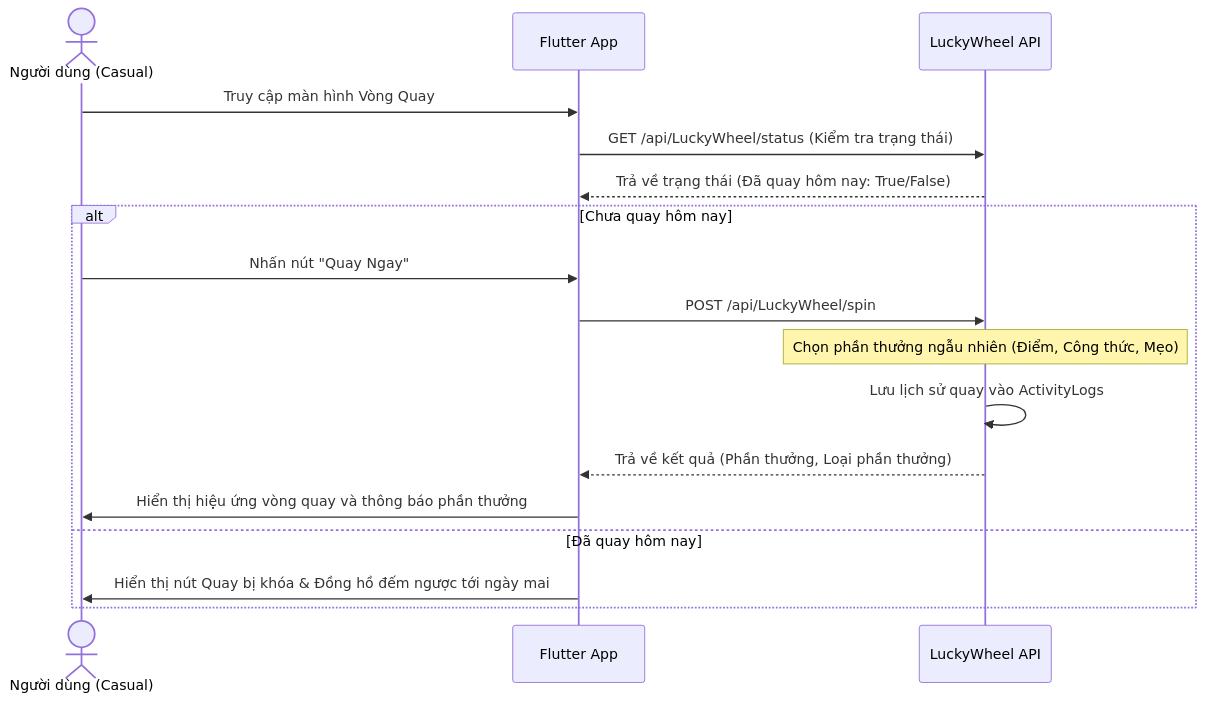
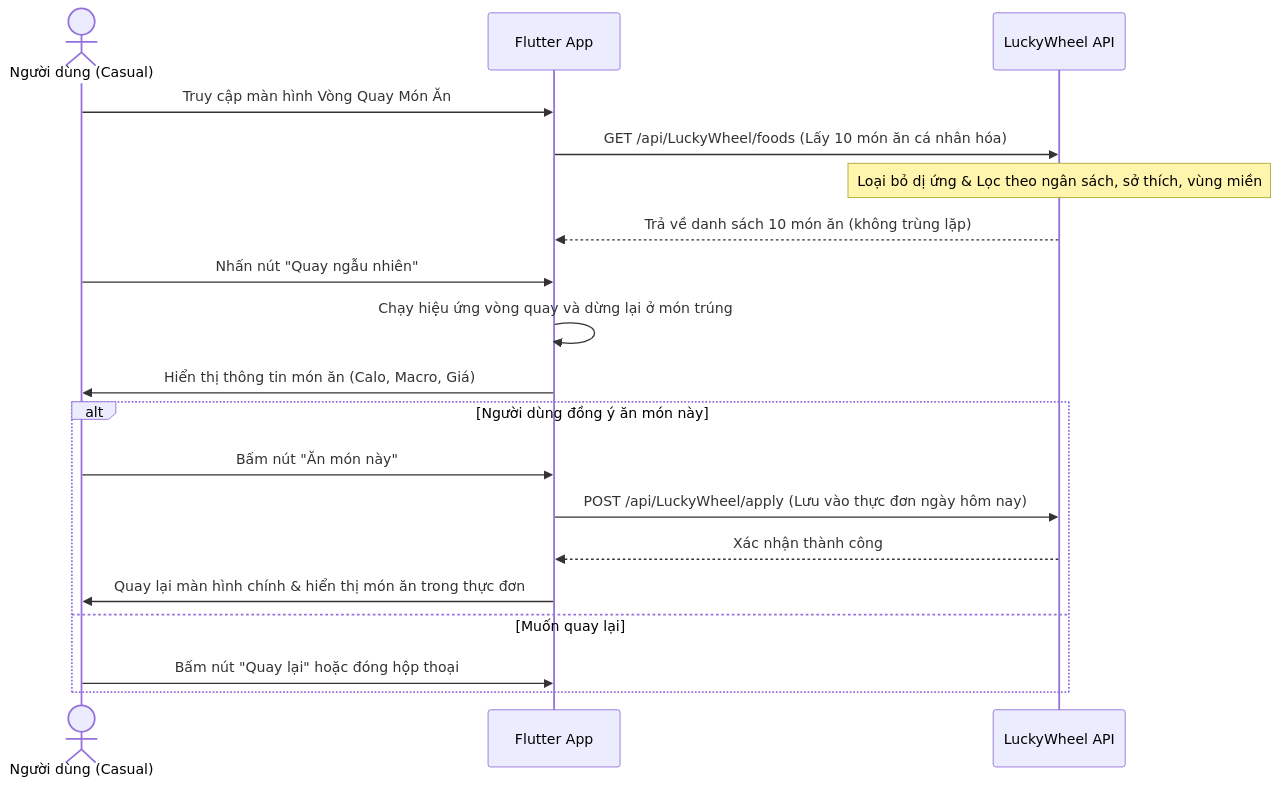
The diagram in docs/workflow/casual_workflow.md (EXE201-MenuGreen/MenuGreenSystem), drawn with Mermaid before and after one commit. The commit also changed other lines of this file and 20 other files, not shown here.

Commit message:
feat: implement local features including lucky wheel, micro-learning, and gym goals with backend service support.

````diff
--- a/docs/workflow/casual_workflow.md
+++ b/docs/workflow/casual_workflow.md
@@ -22,21 +20,24 @@
 ```mermaid
 sequenceDiagram
     actor U as Người dùng (Casual)
     participant App as Flutter App
     participant BE as LuckyWheel API
     
-    U->>App: Truy cập màn hình Vòng Quay
-    App->>BE: GET /api/LuckyWheel/status (Kiểm tra trạng thái)
-    BE-->>App: Trả về trạng thái (Đã quay hôm nay: True/False)
+    U->>App: Truy cập màn hình Vòng Quay Món Ăn
+    App->>BE: GET /api/LuckyWheel/foods (Lấy 10 món ăn cá nhân hóa)
+    Note over BE: Loại bỏ dị ứng & Lọc theo ngân sách, sở thích, vùng miền
+    BE-->>App: Trả về danh sách 10 món ăn (không trùng lặp)
     
-    alt Chưa quay hôm nay
-        U->>App: Nhấn nút "Quay Ngay"
-        App->>BE: POST /api/LuckyWheel/spin
-        Note over BE: Chọn phần thưởng ngẫu nhiên (Điểm, Công thức, Mẹo)
-        BE->>BE: Lưu lịch sử quay vào ActivityLogs
-        BE-->>App: Trả về kết quả (Phần thưởng, Loại phần thưởng)
-        App->>U: Hiển thị hiệu ứng vòng quay và thông báo phần thưởng
-    else Đã quay hôm nay
-        App->>U: Hiển thị nút Quay bị khóa & Đồng hồ đếm ngược tới ngày mai
+    U->>App: Nhấn nút "Quay ngẫu nhiên"
+    App->>App: Chạy hiệu ứng vòng quay và dừng lại ở món trúng
+    App->>U: Hiển thị thông tin món ăn (Calo, Macro, Giá)
+    
+    alt Người dùng đồng ý ăn món này
+        U->>App: Bấm nút "Ăn món này"
+        App->>BE: POST /api/LuckyWheel/apply (Lưu vào thực đơn ngày hôm nay)
+        BE-->>App: Xác nhận thành công
+        App->>U: Quay lại màn hình chính & hiển thị món ăn trong thực đơn
+    else Muốn quay lại
+        U->>App: Bấm nút "Quay lại" hoặc đóng hộp thoại
     end
 ```
````
